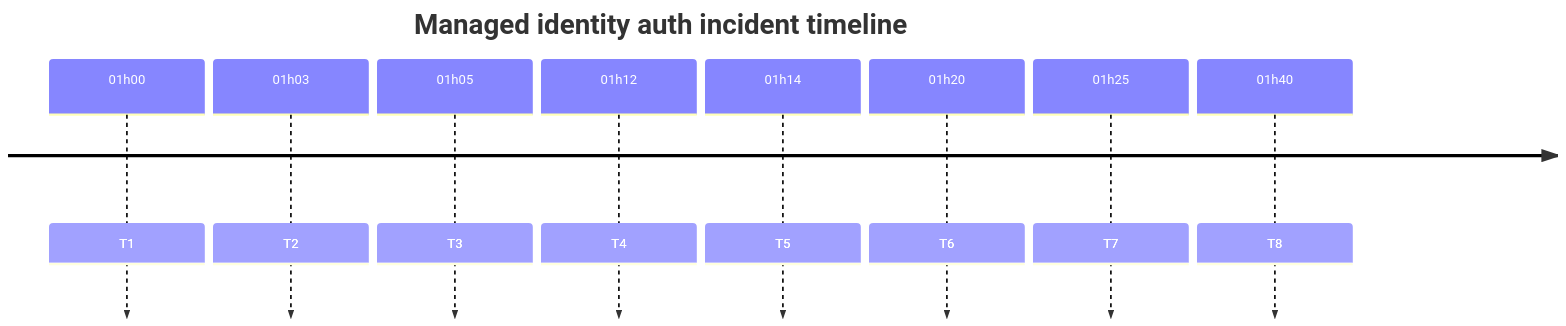
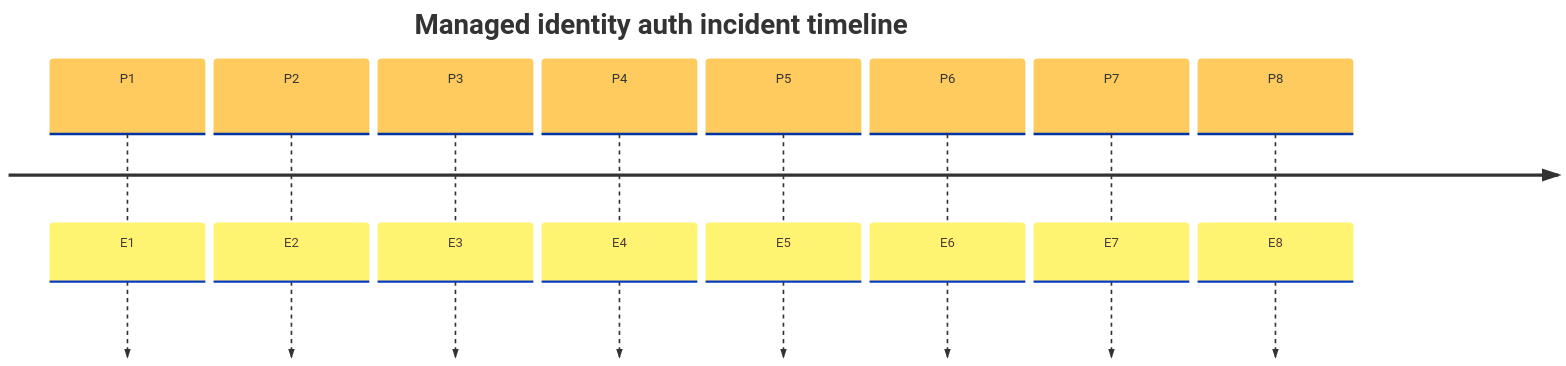
One commit to yeongseon/azure-functions-practical-guide changed the fourth of 4 diagrams in docs/troubleshooting/playbooks/auth-config/managed-identity-rbac-failure.md. Above: the diagram before and after it, drawn with Mermaid. The commit also changed other lines of this file, not shown here.

First line of the commit message:
docs(diagrams): improve identity timeline and decision legibility

````diff
--- a/docs/troubleshooting/playbooks/auth-config/managed-identity-rbac-failure.md
+++ b/docs/troubleshooting/playbooks/auth-config/managed-identity-rbac-failure.md
@@ -476,15 +476,15 @@
 ```mermaid
-%%{init: {"timeline":{"padding":0,"disableMulticolor":true}}}%%
+%%{init: {"timeline":{"padding":8,"disableMulticolor":true},"theme":"base","fontSize":60,"themeVariables":{"fontSize":"16px"},"themeCSS":".timeline-node text{font-size:60px;fill:#14202e;} .timeline-node .node-bkg{fill:#e2e8f0;} .eventWrapper{filter:none;} text:not([dy]){font-size:60px;text-anchor:middle;fill:var(--md-default-fg-color);} .lineWrapper line{stroke:var(--md-default-fg-color);}"}}%%
 timeline
-    accTitle: Managed identity auth incident timeline
-    accDescr: Eight existing scenario periods from 01h00 through 01h40 in their original order. T1 through T8 expand in the adjacent legend; correlation does not recertify an execution or prove causation.
+    accTitle: Managed identity auth incident timeline with periods P1-P8 and events E1-E8 listed in the adjacent legend
+    accDescr: Eight existing scenario periods from 01h00 through 01h40 in their original order. Periods P1-P8 and events E1-E8 are listed verbatim in the adjacent legend; correlation does not recertify an execution or prove causation.
     title Managed identity auth incident timeline
-    01h00 : T1
-    01h03 : T2
-    01h05 : T3
-    01h12 : T4
-    01h14 : T5
-    01h20 : T6
-    01h25 : T7
-    01h40 : T8
+    P1 : E1
+    P2 : E2
+    P3 : E3
+    P4 : E4
+    P5 : E5
+    P6 : E6
+    P7 : E7
+    P8 : E8
 ```
````
